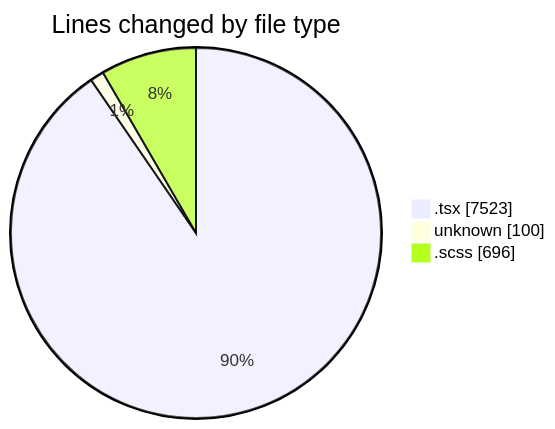
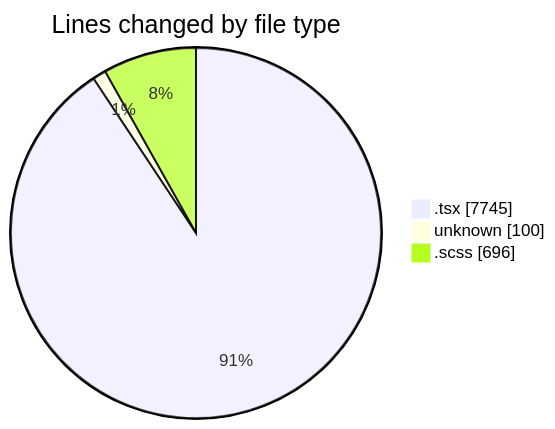
One commit to momahboobian/code-tracking changed the first of 2 diagrams in 2025-12-05/cda/README.md. Above: the diagram before and after it, drawn with Mermaid. The commit also changed other lines of this file and 1 other file, not shown here.

````diff
--- a/2025-12-05/cda/README.md
+++ b/2025-12-05/cda/README.md
@@ -34,7 +34,7 @@
 ```mermaid
 pie showData
 title Lines changed by file type
-".tsx" : 7523
+".tsx" : 7745
 "unknown" : 100
 ".scss" : 696
 ```
````
